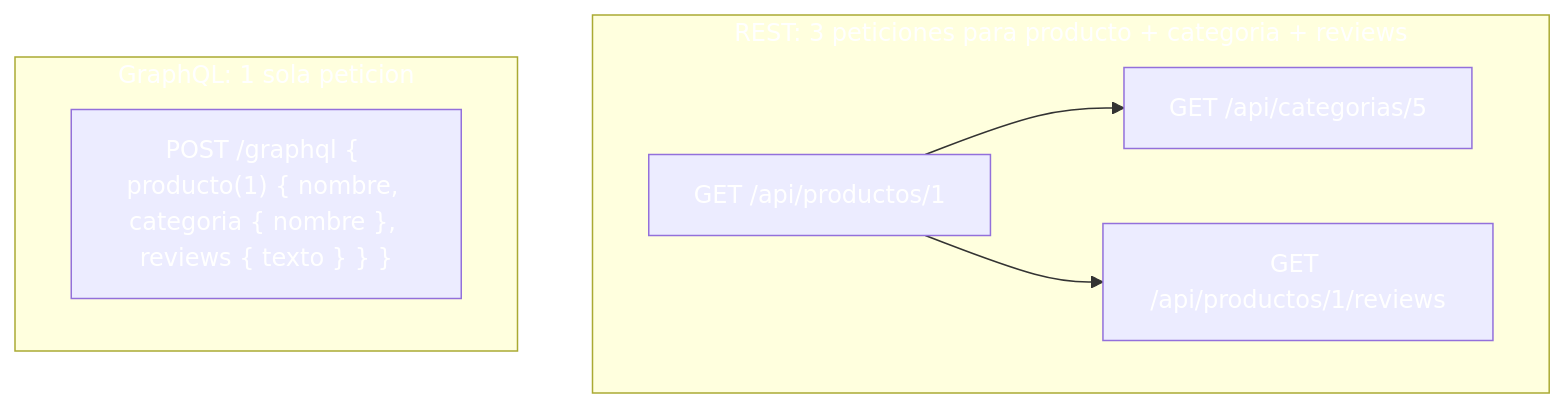
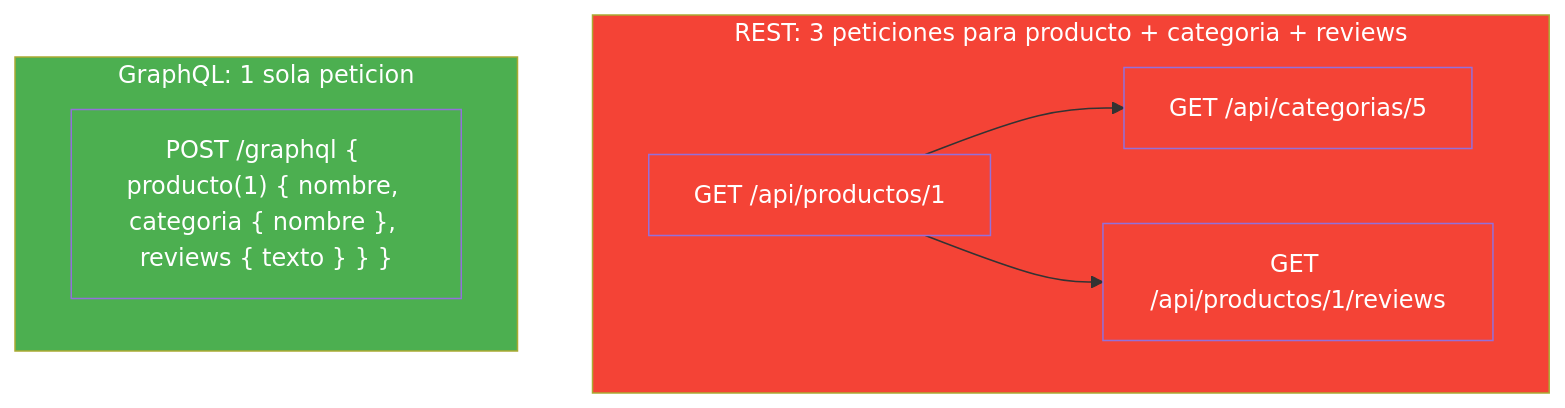
Before and after one commit to joseluisgs/DesarrolloWebEntornosServidor-02-2026-2027: the second of 10 diagrams in 19-graphql.md, drawn with Mermaid. The commit also changed other lines of this file and 29 other files, not shown here.

Commit message:
docs: corregir estilos Mermaid y estilo, quitar referencias a la Tienda y reestructurar los retos 13 y 15

````diff
--- a/19-graphql.md
+++ b/19-graphql.md
@@ -106,18 +106,18 @@
 ```mermaid
 flowchart TD
     subgraph REST_FLOW["REST: 3 peticiones para producto + categoria + reviews"]
         A["GET /api/productos/1"] --> B["GET /api/categorias/5"]
         A --> C["GET /api/productos/1/reviews"]
     end
 
     subgraph GQL_FLOW["GraphQL: 1 sola peticion"]
         D["POST /graphql { producto(1) { nombre, categoria { nombre }, reviews { texto } } }"]
     end
 
-    style REST_FLOW fill:#f4433,color:#fff6,color:#fff
-    style GQL_FLOW fill:#4CAF5,color:#fff0,color:#fff
-    style A fill:#f4433,color:#fff6,color:#fff
-    style B fill:#f4433,color:#fff6,color:#fff
-    style C fill:#f4433,color:#fff6,color:#fff
-    style D fill:#4CAF5,color:#fff0,color:#fff
+    style REST_FLOW fill:#f44336,color:#fff
+    style GQL_FLOW fill:#4CAF50,color:#fff
+    style A fill:#f44336,color:#fff
+    style B fill:#f44336,color:#fff
+    style C fill:#f44336,color:#fff
+    style D fill:#4CAF50,color:#fff
 ```
````
